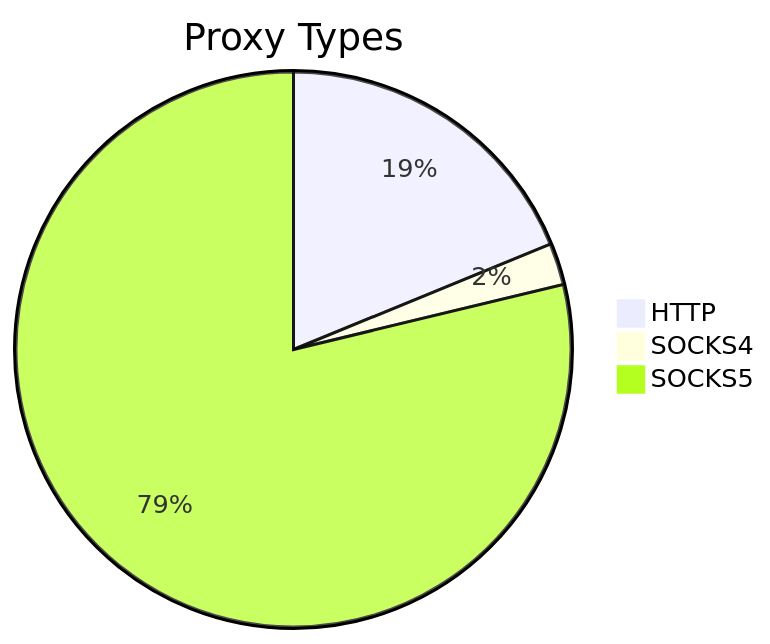
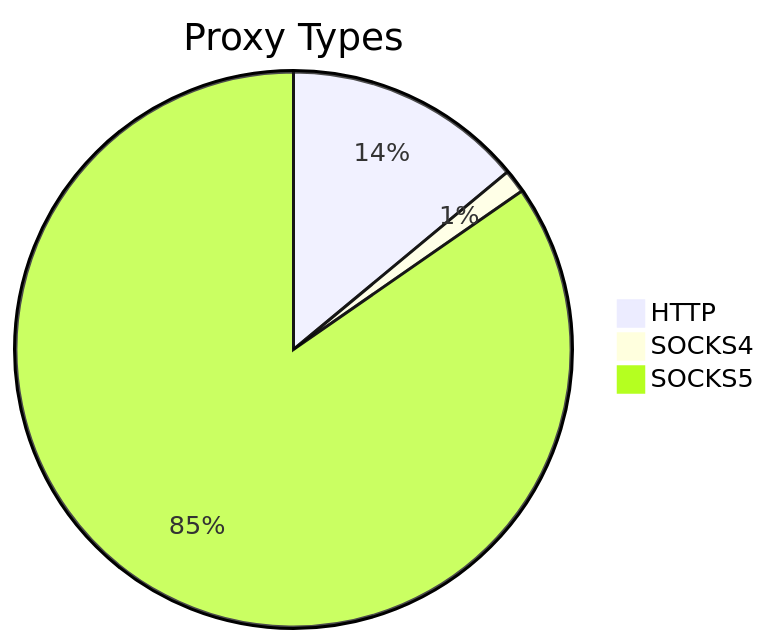
One commit to stormsia/proxy-list changed the first of 2 diagrams in README.md. Above: the diagram before and after it, drawn with Mermaid. The commit also changed other lines of this file, not shown here.

````diff
--- a/README.md
+++ b/README.md
@@ -21,6 +21,6 @@
 ```mermaid
 pie title Proxy Types
-    "HTTP" : 387
-    "SOCKS4" : 50
-    "SOCKS5" : 1621
+    "HTTP" : 480
+    "SOCKS4" : 47
+    "SOCKS5" : 2908
 ```
````
